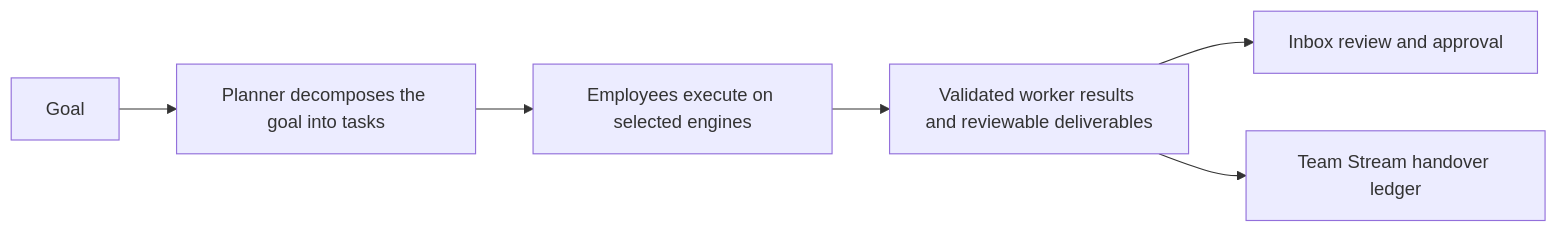
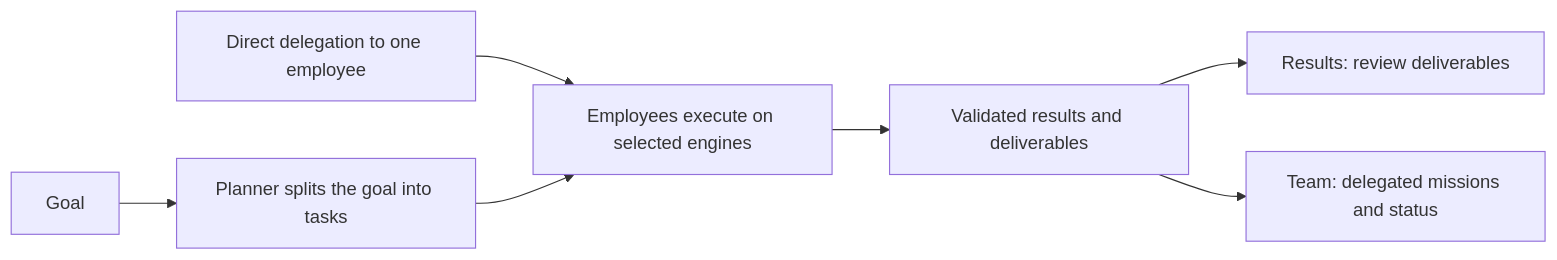
Before and after one commit to yossefbehairy/Loqman: the third of 4 diagrams in README.md, drawn with Mermaid. The commit also changed other lines of this file and 7 other files, not shown here.

````diff
--- a/README.md
+++ b/README.md
@@ -97,8 +96,9 @@
 ```mermaid
 flowchart LR
-    Goal["Goal"] --> Plan["Planner decomposes the goal into tasks"]
+    Goal["Goal"] --> Plan["Planner splits the goal into tasks"]
+    Direct["Direct delegation to one employee"] --> Exec
     Plan --> Exec["Employees execute on selected engines"]
-    Exec --> Out["Validated worker results and reviewable deliverables"]
-    Out --> Review["Inbox review and approval"]
-    Out --> Ledger["Team Stream handover ledger"]
+    Exec --> Out["Validated results and deliverables"]
+    Out --> Review["Results: review deliverables"]
+    Out --> Team["Team: delegated missions and status"]
 ```
````
